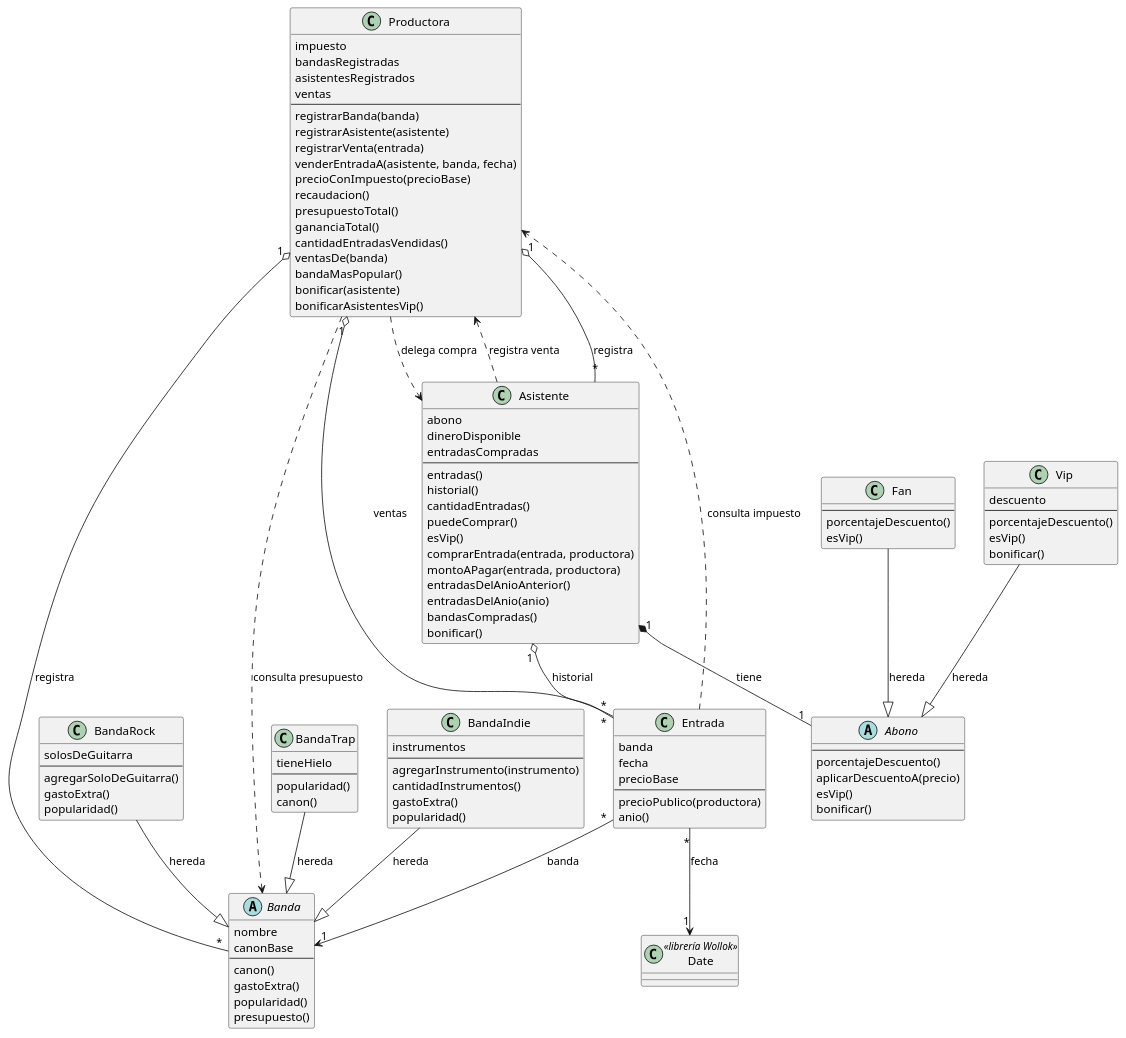
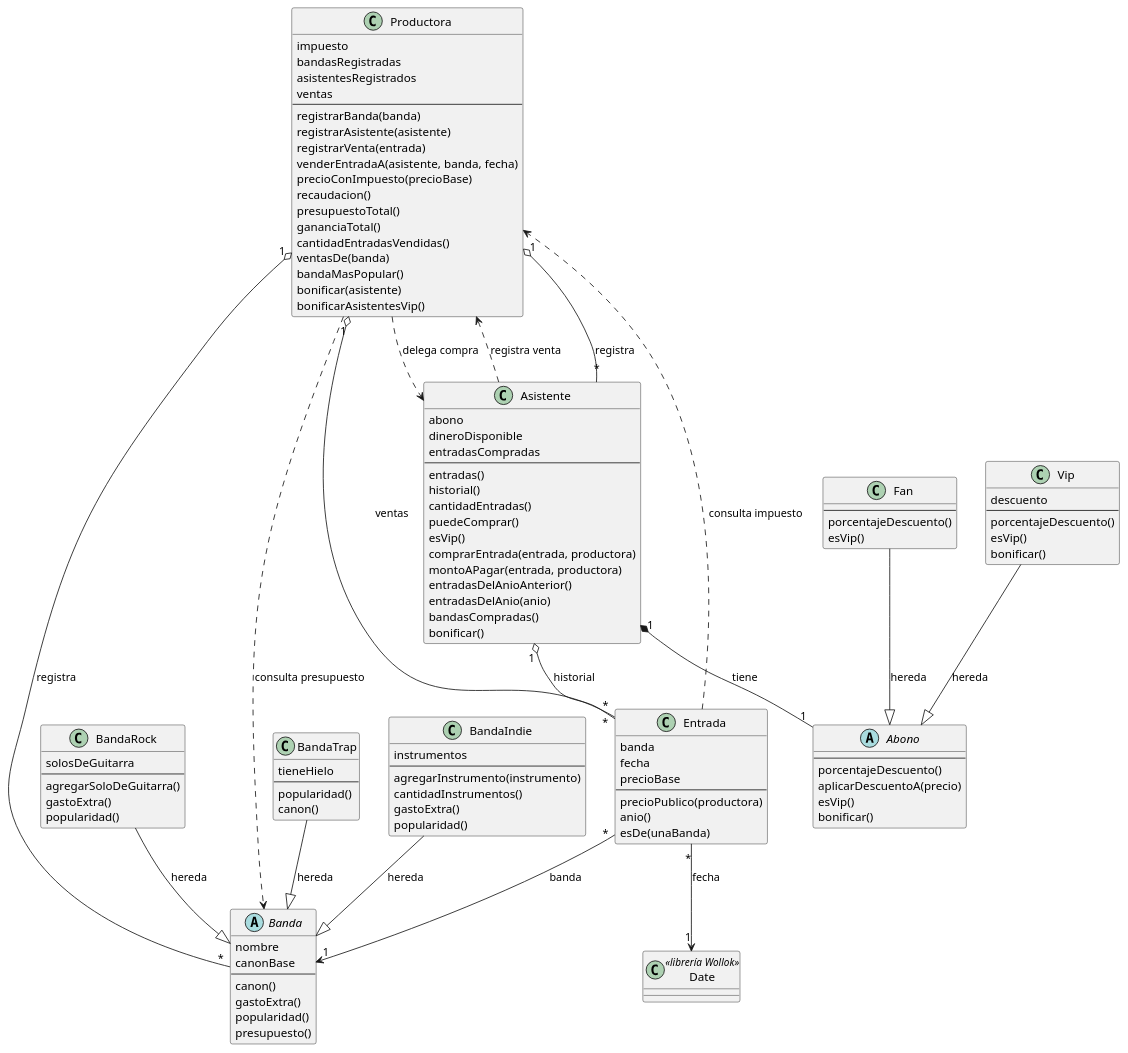
The diagram in diagrama_solucion_Ignacio_Alvarez.puml (alvarezig/PDEP-Entertainment), drawn with PlantUML before and after one commit. The commit also changed 3 other files, not shown here.

```diff
--- a/diagrama_solucion_Ignacio_Alvarez.puml
+++ b/diagrama_solucion_Ignacio_Alvarez.puml
@@ -1,129 +1,130 @@
 @startuml
 
 class Productora {
   impuesto
   bandasRegistradas
   asistentesRegistrados
   ventas
   --
   registrarBanda(banda)
   registrarAsistente(asistente)
   registrarVenta(entrada)
   venderEntradaA(asistente, banda, fecha)
   precioConImpuesto(precioBase)
   recaudacion()
   presupuestoTotal()
   gananciaTotal()
   cantidadEntradasVendidas()
   ventasDe(banda)
   bandaMasPopular()
   bonificar(asistente)
   bonificarAsistentesVip()
 }
 
 class Asistente {
   abono
   dineroDisponible
   entradasCompradas
   --
   entradas()
   historial()
   cantidadEntradas()
   puedeComprar()
   esVip()
   comprarEntrada(entrada, productora)
   montoAPagar(entrada, productora)
   entradasDelAnioAnterior()
   entradasDelAnio(anio)
   bandasCompradas()
   bonificar()
 }
 
 class Entrada {
   banda
   fecha
   precioBase
   --
   precioPublico(productora)
   anio()
+  esDe(unaBanda)
 }
 
 abstract class Banda {
   nombre
   canonBase
   --
   canon()
   gastoExtra()
   popularidad()
   presupuesto()
 }
 
 class BandaRock {
   solosDeGuitarra
   --
   agregarSoloDeGuitarra()
   gastoExtra()
   popularidad()
 }
 
 class BandaTrap {
   tieneHielo
   --
   popularidad()
   canon()
 }
 
 class BandaIndie {
   instrumentos
   --
   agregarInstrumento(instrumento)
   cantidadInstrumentos()
   gastoExtra()
   popularidad()
 }
 
 abstract class Abono {
   --
   porcentajeDescuento()
   aplicarDescuentoA(precio)
   esVip()
   bonificar()
 }
 
 class Fan {
   --
   porcentajeDescuento()
   esVip()
 }
 
 class Vip {
   descuento
   --
   porcentajeDescuento()
   esVip()
   bonificar()
 }
 
 class Date <<librería Wollok>>
 
 Productora "1" o-- "*" Banda : registra
 Productora "1" o-- "*" Asistente : registra
 Productora "1" o-- "*" Entrada : ventas
 
 Asistente "1" *-- "1" Abono : tiene
 Asistente "1" o-- "*" Entrada : historial
 Entrada "*" --> "1" Banda : banda
 Entrada "*" --> "1" Date : fecha
 
 BandaRock --|> Banda : hereda
 BandaTrap --|> Banda : hereda
 BandaIndie --|> Banda : hereda
 Fan --|> Abono : hereda
 Vip --|> Abono : hereda
 
 Entrada ..> Productora : consulta impuesto
 Asistente ..> Productora : registra venta
 Productora ..> Asistente : delega compra
 Productora ..> Banda : consulta presupuesto
 
 @enduml
```
